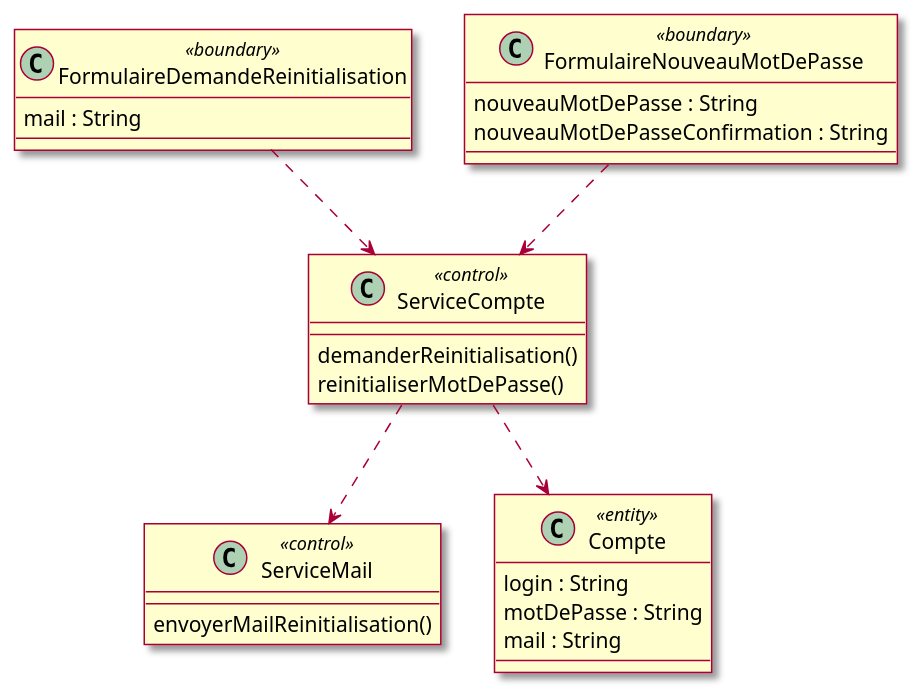
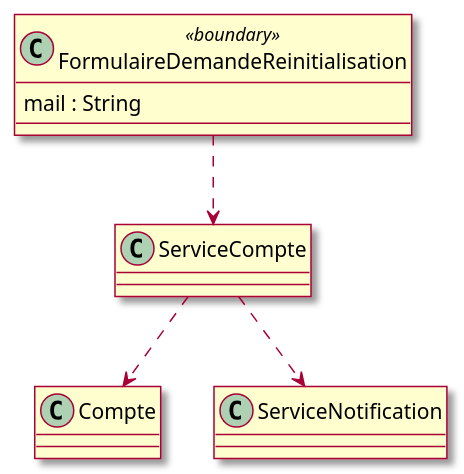
Diagram 12 of 58 in docs/02-Analyse.md (mrajaonson/glg204-room-management-system), drawn with PlantUML before and after one commit. The commit also changed other lines of this file and 3 other files, not shown here.

````diff
--- a/docs/02-Analyse.md
+++ b/docs/02-Analyse.md
@@ -439,35 +457,14 @@
 ```plantuml
 @startuml
 skin rose
 
 class FormulaireDemandeReinitialisation <<boundary>> {
   mail : String
 }
 
-class FormulaireNouveauMotDePasse <<boundary>> {
-  nouveauMotDePasse : String
-  nouveauMotDePasseConfirmation : String
-}
-
-class ServiceCompte <<control>> {
-  demanderReinitialisation()
-  reinitialiserMotDePasse()
-}
-
-class ServiceMail <<control>> {
-  envoyerMailReinitialisation()
-}
-
-class Compte <<entity>> {
-  login : String
-  motDePasse : String
-  mail : String
-}
-
 FormulaireDemandeReinitialisation ..> ServiceCompte
-FormulaireNouveauMotDePasse ..> ServiceCompte
 ServiceCompte ..> Compte
-ServiceCompte ..> ServiceMail
+ServiceCompte ..> ServiceNotification
 
 @enduml
 ```
````
